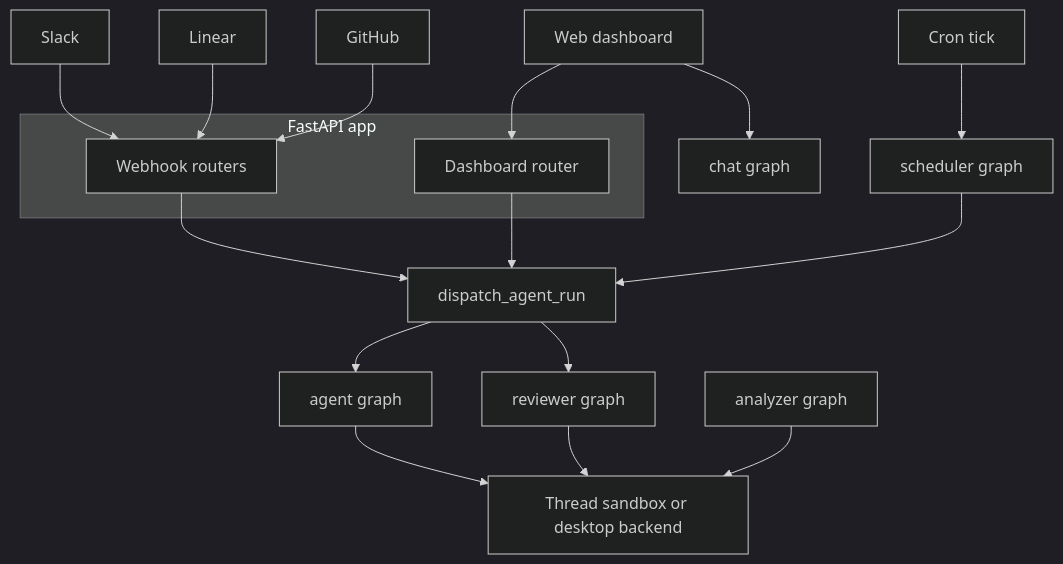
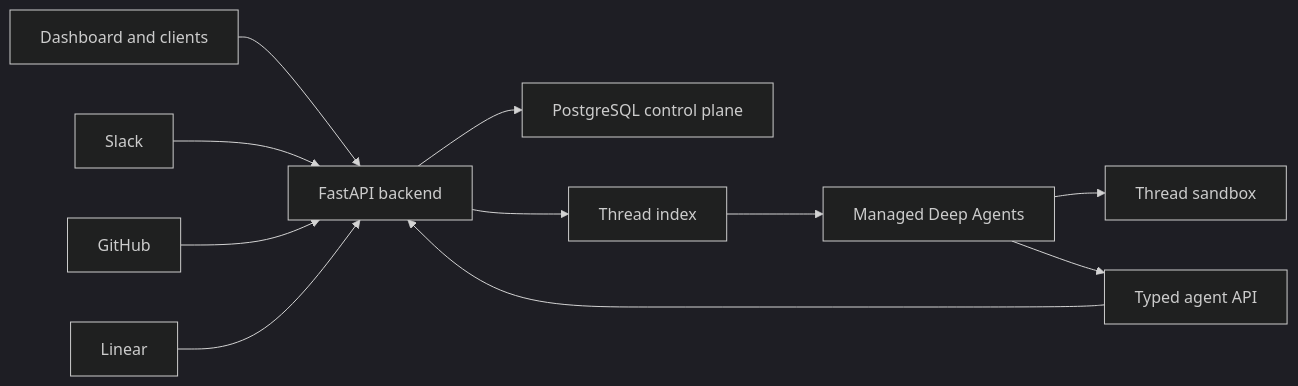
The first of 2 diagrams in openwiki/architecture/overview.md (langchain-ai/open-swe), drawn with Mermaid (dark theme) before and after one commit. The commit also changed other lines of this file and 78 other files, not shown here.

````diff
--- a/openwiki/architecture/overview.md
+++ b/openwiki/architecture/overview.md
@@ -75,23 +52,13 @@
 ```mermaid
-flowchart TD
-  Slack["Slack"] --> Webhooks["Webhook routers"]
-  Linear["Linear"] --> Webhooks
-  GitHub["GitHub"] --> Webhooks
-  Browser["Web dashboard"] --> Dashboard["Dashboard router"]
-  Cron["Cron tick"] --> Scheduler["scheduler graph"]
-
-  subgraph App["FastAPI app"]
-    Webhooks
-    Dashboard
-  end
-
-  Webhooks --> Dispatch["dispatch_agent_run"]
-  Dashboard --> Dispatch
-  Scheduler --> Dispatch
-  Dispatch --> Agent["agent graph"]
-  Dispatch --> Reviewer["reviewer graph"]
-  Agent --> Backend["Thread sandbox or desktop backend"]
-  Reviewer --> Backend
-  Analyzer["analyzer graph"] --> Backend
-  Browser --> Chat["chat graph"]
+flowchart LR
+  Browser["Dashboard and clients"] --> API["FastAPI backend"]
+  Slack["Slack"] --> API
+  GitHub["GitHub"] --> API
+  Linear["Linear"] --> API
+  API --> DB["PostgreSQL control plane"]
+  API --> Index["Thread index"]
+  Index --> MDA["Managed Deep Agents"]
+  MDA --> Sandbox["Thread sandbox"]
+  MDA --> AgentAPI["Typed agent API"]
+  AgentAPI --> API
 ```
````
